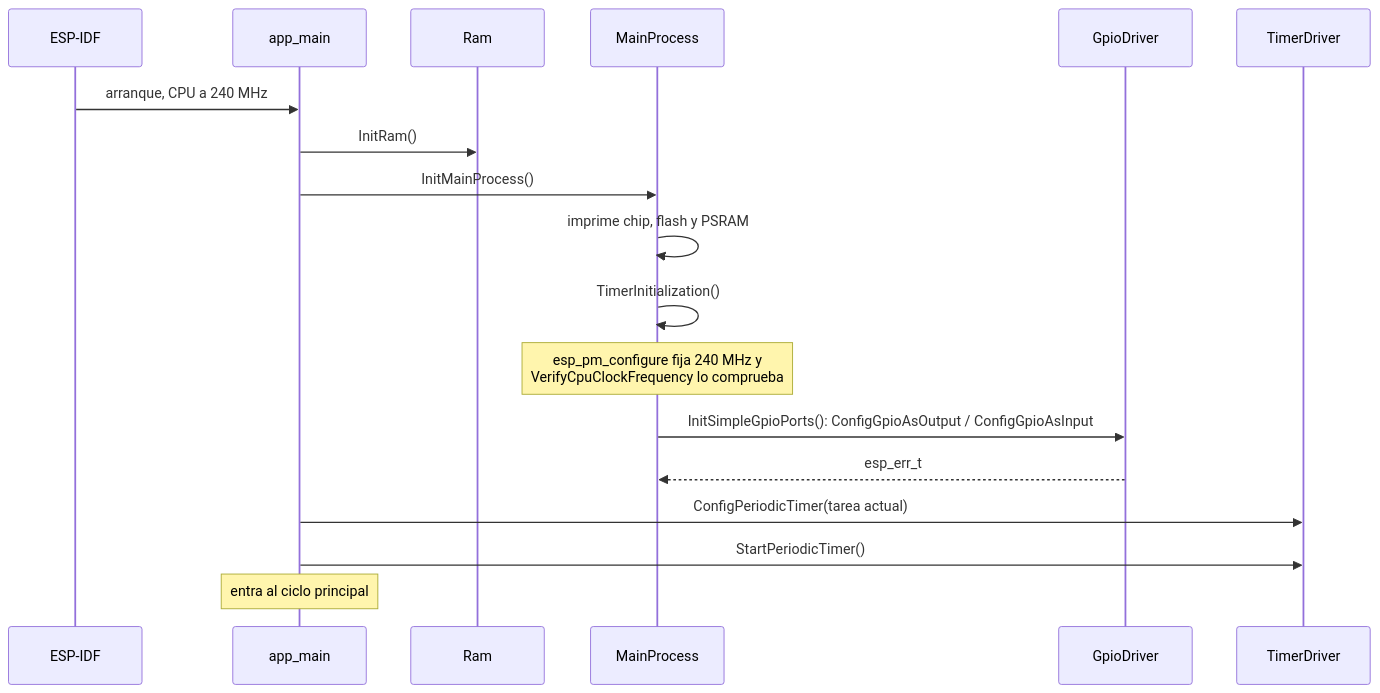
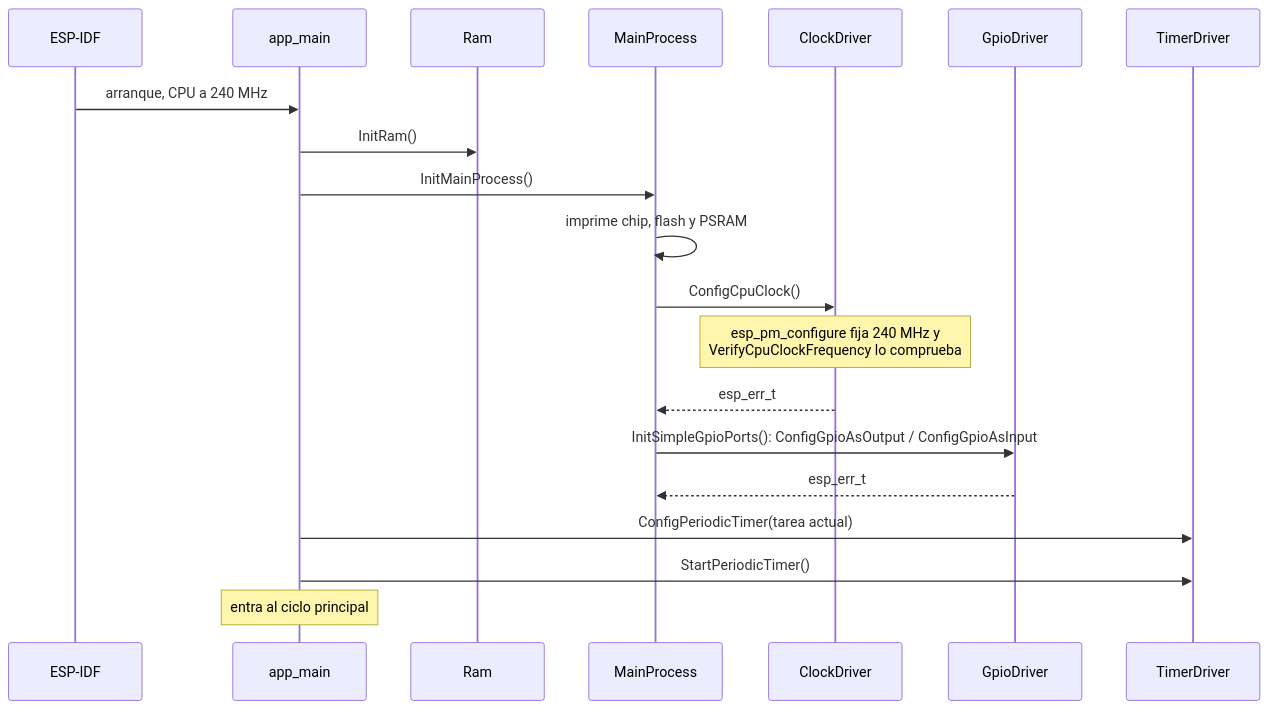
One commit to rodgutzal/Airsoft-MultipurposeGameModeTool changed the fourth of 6 diagrams in Sw/README.md. Above: the diagram before and after it, drawn with Mermaid. The commit also changed other lines of this file and 7 other files, not shown here.

Commit message:
Agregar documento de arquitectura y mover el reloj a ClockDriver

````diff
--- a/Sw/README.md
+++ b/Sw/README.md
@@ -170,20 +180,22 @@
 ```mermaid
 sequenceDiagram
   participant IDF as ESP-IDF
   participant Main as app_main
   participant Ram
   participant MP as MainProcess
+  participant Clk as ClockDriver
   participant Gpio as GpioDriver
   participant Tim as TimerDriver
   IDF->>Main: arranque, CPU a 240 MHz
   Main->>Ram: InitRam()
   Main->>MP: InitMainProcess()
   MP->>MP: imprime chip, flash y PSRAM
-  MP->>MP: TimerInitialization()
-  Note over MP: esp_pm_configure fija 240 MHz y<br/>VerifyCpuClockFrequency lo comprueba
+  MP->>Clk: ConfigCpuClock()
+  Note over Clk: esp_pm_configure fija 240 MHz y<br/>VerifyCpuClockFrequency lo comprueba
+  Clk-->>MP: esp_err_t
   MP->>Gpio: InitSimpleGpioPorts(): ConfigGpioAsOutput / ConfigGpioAsInput
   Gpio-->>MP: esp_err_t
   Main->>Tim: ConfigPeriodicTimer(tarea actual)
   Main->>Tim: StartPeriodicTimer()
   Note over Main: entra al ciclo principal
 ```
````
